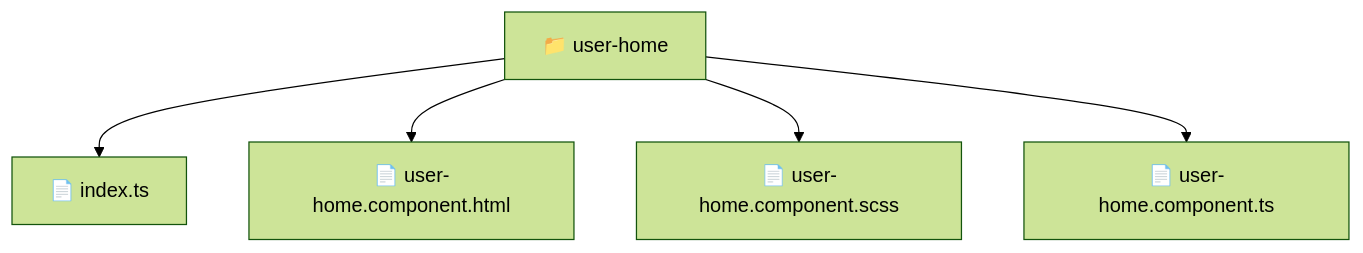
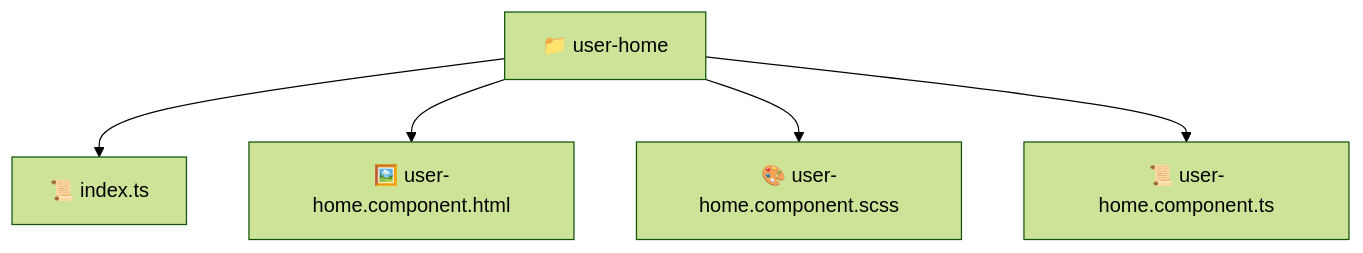
One commit to beginwebdev2002/fullstack-mavluda changed the diagram in frontend/src/pages/user-home/README.md. Above: the diagram before and after it, drawn with Mermaid (forest theme). The commit also changed other lines of this file and 163 other files, not shown here.

````diff
--- a/frontend/src/pages/user-home/README.md
+++ b/frontend/src/pages/user-home/README.md
@@ -11,8 +11,8 @@
 ```mermaid
 graph TD
-  Root["📁 user-home"]
-  Root --> index_ts["📄 index.ts"]
-  Root --> user_home_component_html["📄 user-home.component.html"]
-  Root --> user_home_component_scss["📄 user-home.component.scss"]
-  Root --> user_home_component_ts["📄 user-home.component.ts"]
+  user_home["📁 user-home"]
+  user_home --> index_ts["📜 index.ts"]
+  user_home --> user_home_component_html["🖼️ user-home.component.html"]
+  user_home --> user_home_component_scss["🎨 user-home.component.scss"]
+  user_home --> user_home_component_ts["📜 user-home.component.ts"]
 ```
````
